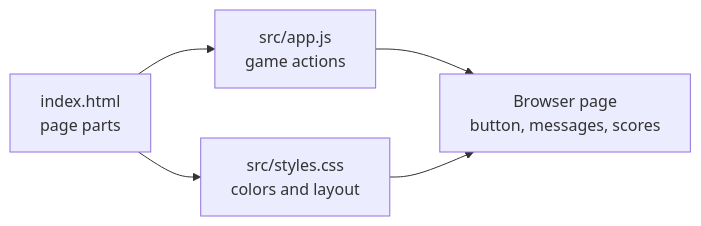
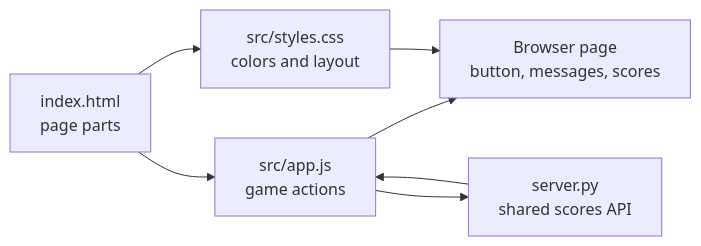
Before and after one commit to Mr-PI-Bala/SPRK-Hello-Repo: the third of 6 diagrams in missions/01-ReactionRace-nP/docs/MISSION_GUIDE.md, drawn with Mermaid. The commit also changed other lines of this file and 5 other files, not shown here.

````diff
--- a/missions/01-ReactionRace-nP/docs/MISSION_GUIDE.md
+++ b/missions/01-ReactionRace-nP/docs/MISSION_GUIDE.md
@@ -225,7 +238,9 @@
 ```mermaid
 flowchart LR
     HTML["index.html<br/>page parts"] --> CSS["src/styles.css<br/>colors and layout"]
     HTML --> JS["src/app.js<br/>game actions"]
+    JS --> API["server.py<br/>shared scores API"]
+    API --> JS
     JS --> Page["Browser page<br/>button, messages, scores"]
     CSS --> Page
 ```
````
